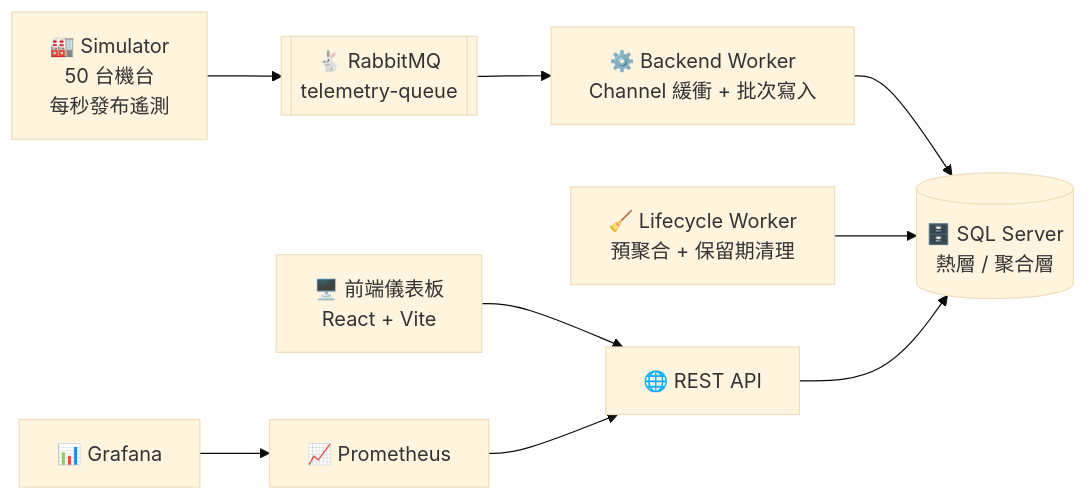
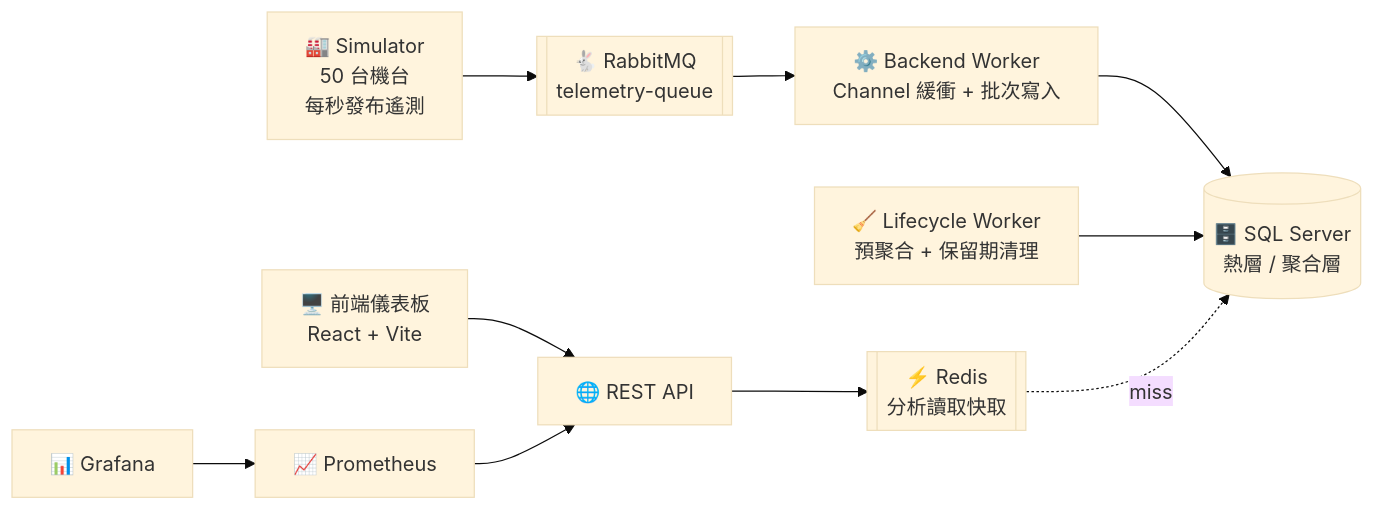
The diagram in README.md (Jeffrey-Pai/Factory-IoT-Ingestion-System), drawn with Mermaid (base theme) before and after one commit. The commit also changed other lines of this file and 14 other files, not shown here.

````diff
--- a/README.md
+++ b/README.md
@@ -18,11 +19,12 @@
 ```mermaid
 flowchart LR
     SIM["🏭 Simulator<br/>50 台機台<br/>每秒發布遙測"] --> MQ[["🐇 RabbitMQ<br/>telemetry-queue"]]
     MQ --> W["⚙️ Backend Worker<br/>Channel 緩衝 + 批次寫入"]
     W --> DB[("🗄️ SQL Server<br/>熱層 / 聚合層")]
     LIFE["🧹 Lifecycle Worker<br/>預聚合 + 保留期清理"] --> DB
-    API["🌐 REST API"] --> DB
+    API["🌐 REST API"] --> CACHE[["⚡ Redis<br/>分析讀取快取"]]
+    CACHE -. "miss" .-> DB
     DASH["🖥️ 前端儀表板<br/>React + Vite"] --> API
     PROM["📈 Prometheus"] --> API
     GRAF["📊 Grafana"] --> PROM
 ```
````
